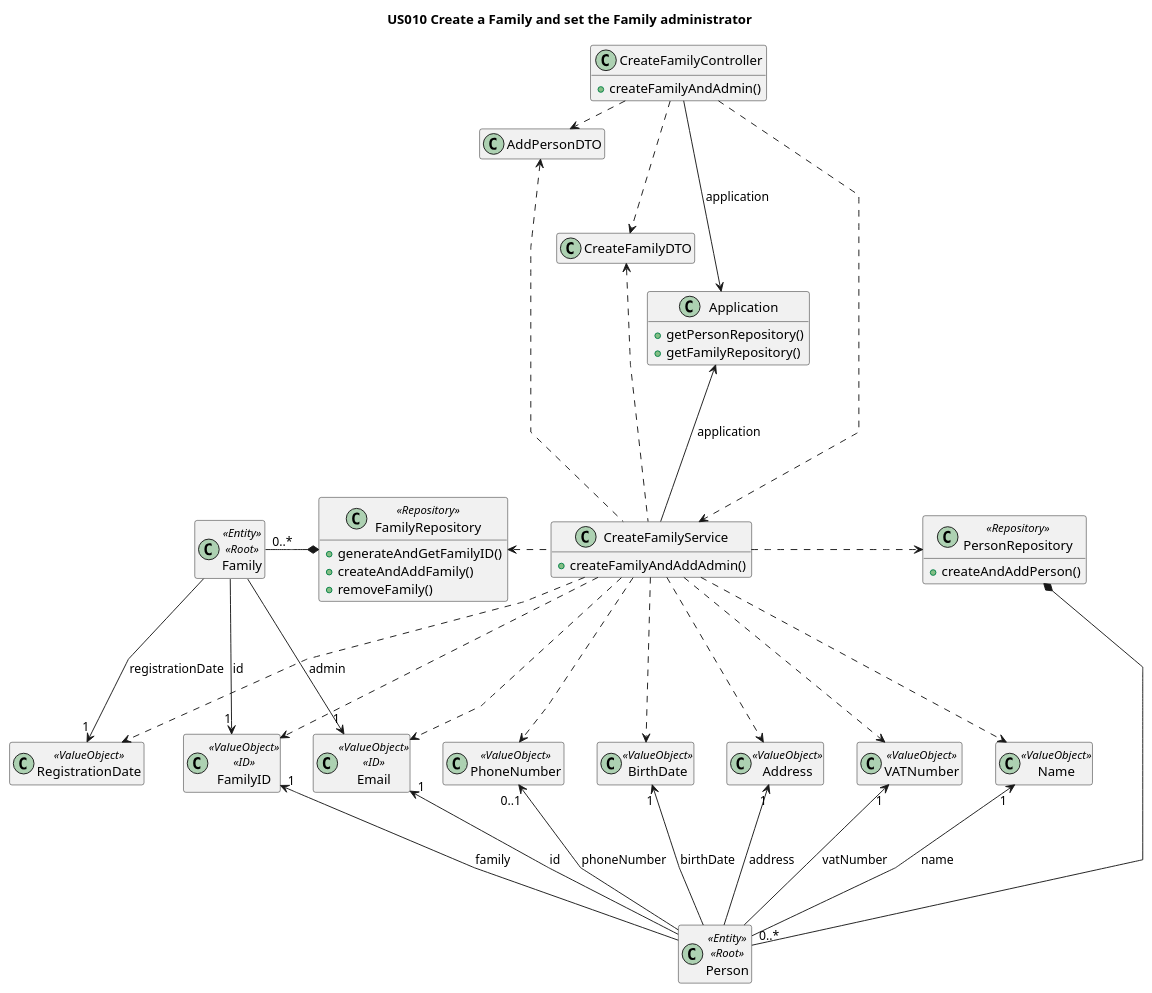
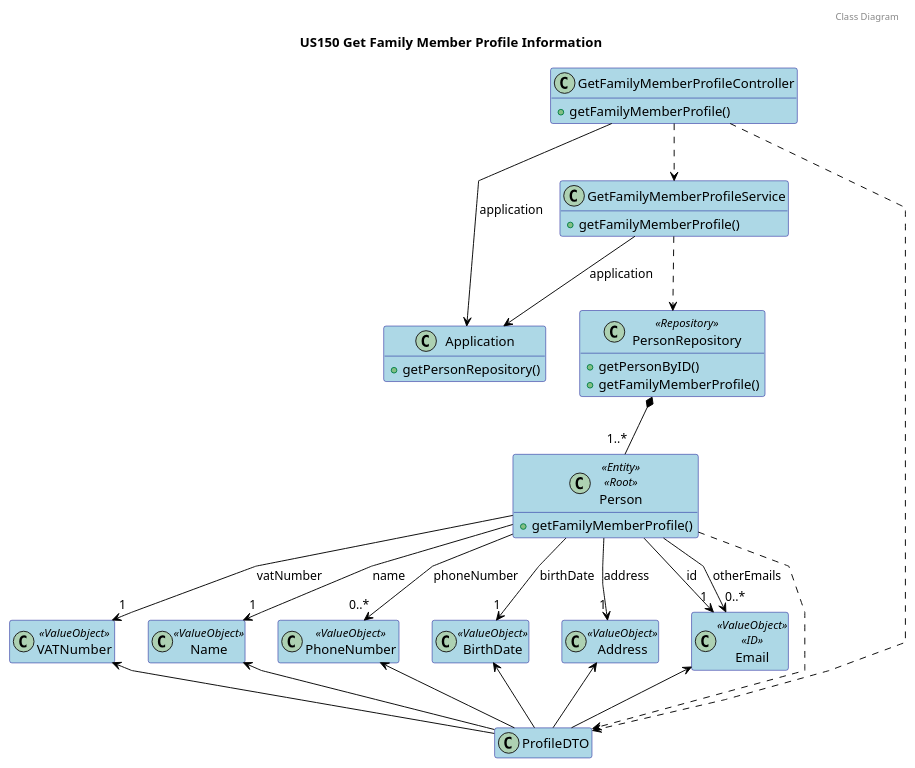
One commit to tomas-osswald/switch_2020_g3 changed the third of 5 diagrams in docs/sprint3/user_stories/US150_GetFamilyMemberProfileV2.md. Above: the diagram before and after it, drawn with PlantUML. The commit also changed other lines of this file, not shown here.

Commit message:
us150 documentation update - DM and CD

````diff
--- a/docs/sprint3/user_stories/US150_GetFamilyMemberProfileV2.md
+++ b/docs/sprint3/user_stories/US150_GetFamilyMemberProfileV2.md
@@ -144,51 +117,44 @@
 ```puml
 @startuml
-
-title US010 Create a Family and set the Family administrator
+header Class Diagram
+title US150 Get Family Member Profile Information
 
 skinparam linetype polyline
+skinparam class {
+BackgroundColor LightBlue
+ArrowColor Black
+BorderColor DarkBlue
+}
 hide empty members
 
-class CreateFamilyController {
-  + createFamilyAndAdmin()
+class GetFamilyMemberProfileController {
+  + getFamilyMemberProfile()
 }
 
 class Application {
   + getPersonRepository()
-+ getFamilyRepository()
 }
 
-class CreateFamilyService {
-+ createFamilyAndAddAdmin()
+class GetFamilyMemberProfileService {
+  + getFamilyMemberProfile()
 }
 
-class CreateFamilyDTO {
+class ProfileDTO {
 }
 
-class AddPersonDTO {
+class PersonRepository <<Repository>> {
+  + getPersonByID()
+  + getFamilyMemberProfile()
 }
 
-class FamilyID <<ValueObject>> <<ID>> {
+class Person <<Entity>> <<Root>> {
+  + getFamilyMemberProfile()
+}
+
+class Address <<ValueObject>> {
 }
 
 class Email <<ValueObject>> <<ID>> {
-}
-
-class FamilyRepository <<Repository>> {
-+ generateAndGetFamilyID()
-+ createAndAddFamily()
-+ removeFamily()
-}
-
-class PersonRepository <<Repository>> {
-+ createAndAddPerson()
-
-}
-
-class Person <<Entity>> <<Root>> {
-}
-
-class Address <<ValueObject>> {
 }
 
 class BirthDate <<ValueObject>> {
@@ -203,45 +169,32 @@
 class VATNumber <<ValueObject>> {
 }
 
-class Family <<Entity>> <<Root>> {
-}
 
-class RegistrationDate <<ValueObject>> {
-}
+GetFamilyMemberProfileController -r--> Application : application
+GetFamilyMemberProfileController ..> GetFamilyMemberProfileService
+GetFamilyMemberProfileController ..> ProfileDTO
 
+GetFamilyMemberProfileService --> Application : application
+GetFamilyMemberProfileService ..> PersonRepository
 
-CreateFamilyController -d-> Application : application
-CreateFamilyController .r> CreateFamilyDTO
-CreateFamilyController .r> AddPersonDTO
-CreateFamilyController -d---.> CreateFamilyService
+PersonRepository *-- "1..*" Person
 
-CreateFamilyService -u-> Application : application
-CreateFamilyService .u> CreateFamilyDTO
-CreateFamilyService .u> AddPersonDTO
-CreateFamilyService --.l--> FamilyRepository
-CreateFamilyService .r> PersonRepository
-CreateFamilyService -d-.> FamilyID
-CreateFamilyService -down-.> Email
-CreateFamilyService -down-.> Address
-CreateFamilyService -d-.> BirthDate
-CreateFamilyService -d-.> PhoneNumber
-CreateFamilyService -d-.> Name
-CreateFamilyService -d-.> VATNumber
-CreateFamilyService -d-.> RegistrationDate
+Person ..> ProfileDTO
 
-FamilyRepository *--l-- "0..*" Family
-PersonRepository *--d--- "0..*" Person
+Person --> "1" Email : id
+Person --> "0..*" Email : otherEmails
+Person --> "1" Address : address
+Person --> "1" BirthDate : birthDate
+Person --> "0..*" PhoneNumber : phoneNumber
+Person --> "1" Name : name
+Person --> "1" VATNumber : vatNumber
 
-Family -down-> "1" Email : admin
-Family -down-> "1" RegistrationDate : registrationDate
-Family -down-> "1" FamilyID : id
+ProfileDTO -u-> Email
+ProfileDTO -u-> Address
+ProfileDTO -u-> BirthDate
+ProfileDTO -u-> PhoneNumber
+ProfileDTO -u-> Name
+ProfileDTO -u-> VATNumber
 
-Person -u--> "1" FamilyID : family
-Person -u--> "1" Email : id
-Person -u--> "1" Address : address
-Person -u--> "1" BirthDate : birthDate
-Person -up--> "0..1" PhoneNumber : phoneNumber
-Person -up--> "1" Name : name
-Person -up--> "1" VATNumber : vatNumber
 @enduml
 ```
````
